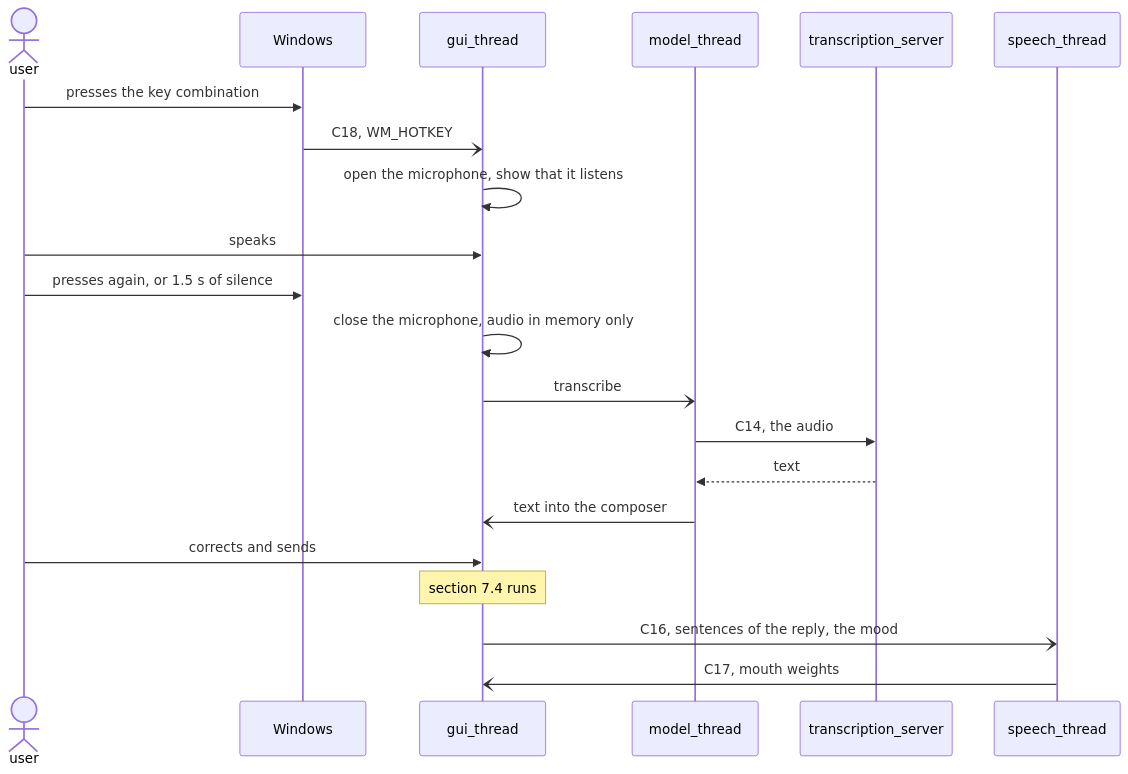
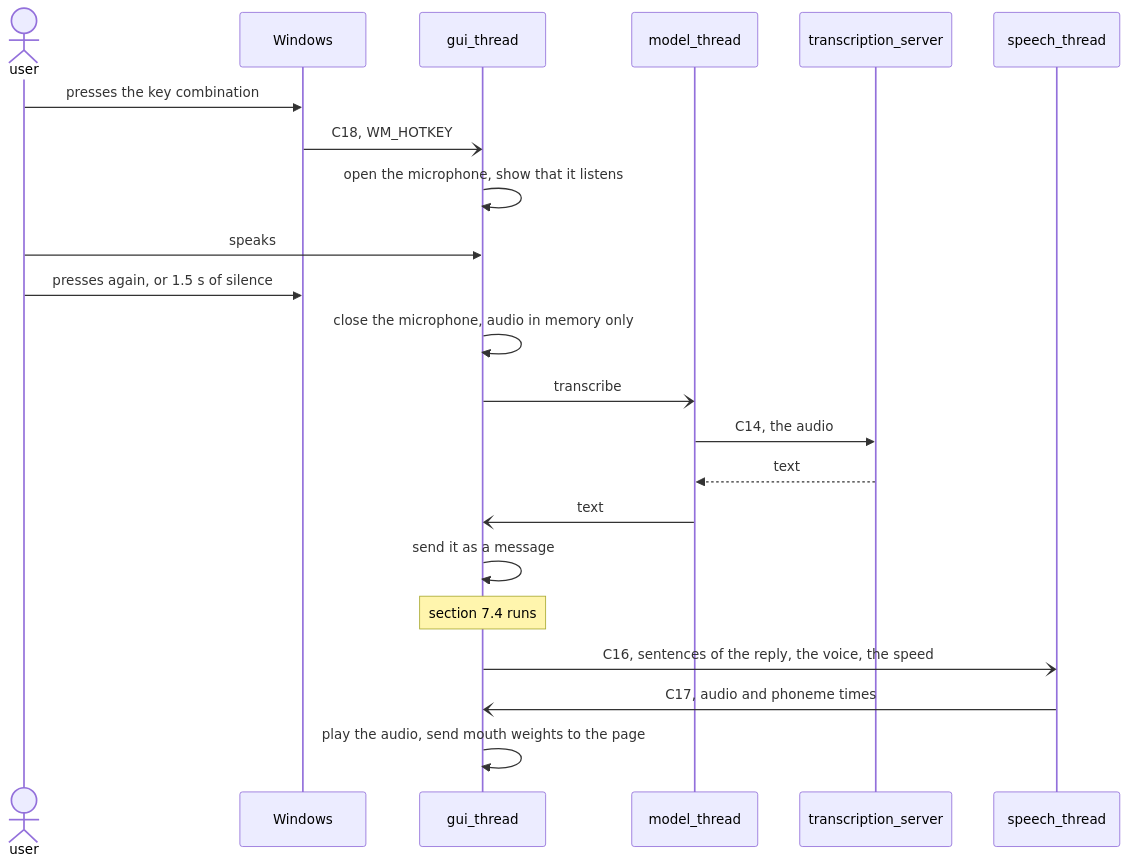
Diagram 45 of 46 in docs/architecture/ARCHITECTURE.md (NguyenVu04/cognia), drawn with Mermaid before and after one commit. The commit also changed other lines of this file and 29 other files, not shown here.

````diff
--- a/docs/architecture/ARCHITECTURE.md
+++ b/docs/architecture/ARCHITECTURE.md
@@ -2799,24 +2817,25 @@
 ```mermaid
 sequenceDiagram
     actor user
     participant win as Windows
     participant gui as gui_thread
     participant model as model_thread
     participant stt as transcription_server
     participant speech as speech_thread
 
     user->>win: presses the key combination
     win-)gui: C18, WM_HOTKEY
     gui->>gui: open the microphone, show that it listens
     user->>gui: speaks
     user->>win: presses again, or 1.5 s of silence
     gui->>gui: close the microphone, audio in memory only
     gui-)model: transcribe
     model->>stt: C14, the audio
     stt-->>model: text
-    model-)gui: text into the composer
-    user->>gui: corrects and sends
+    model-)gui: text
+    gui->>gui: send it as a message
     Note over gui: section 7.4 runs
-    gui-)speech: C16, sentences of the reply, the mood
-    speech-)gui: C17, mouth weights
+    gui-)speech: C16, sentences of the reply, the voice, the speed
+    speech-)gui: C17, audio and phoneme times
+    gui->>gui: play the audio, send mouth weights to the page
 ```
````
